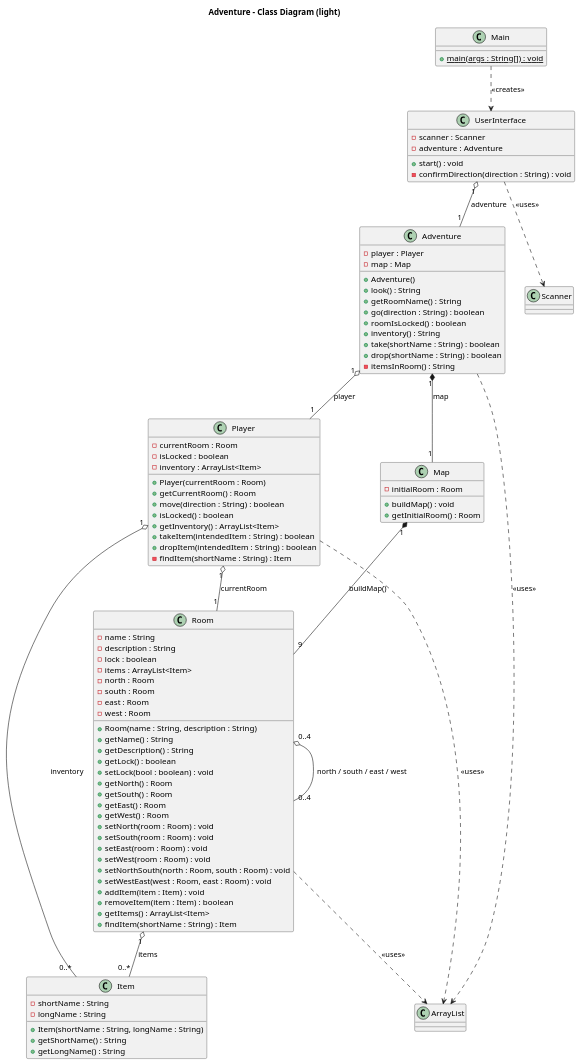
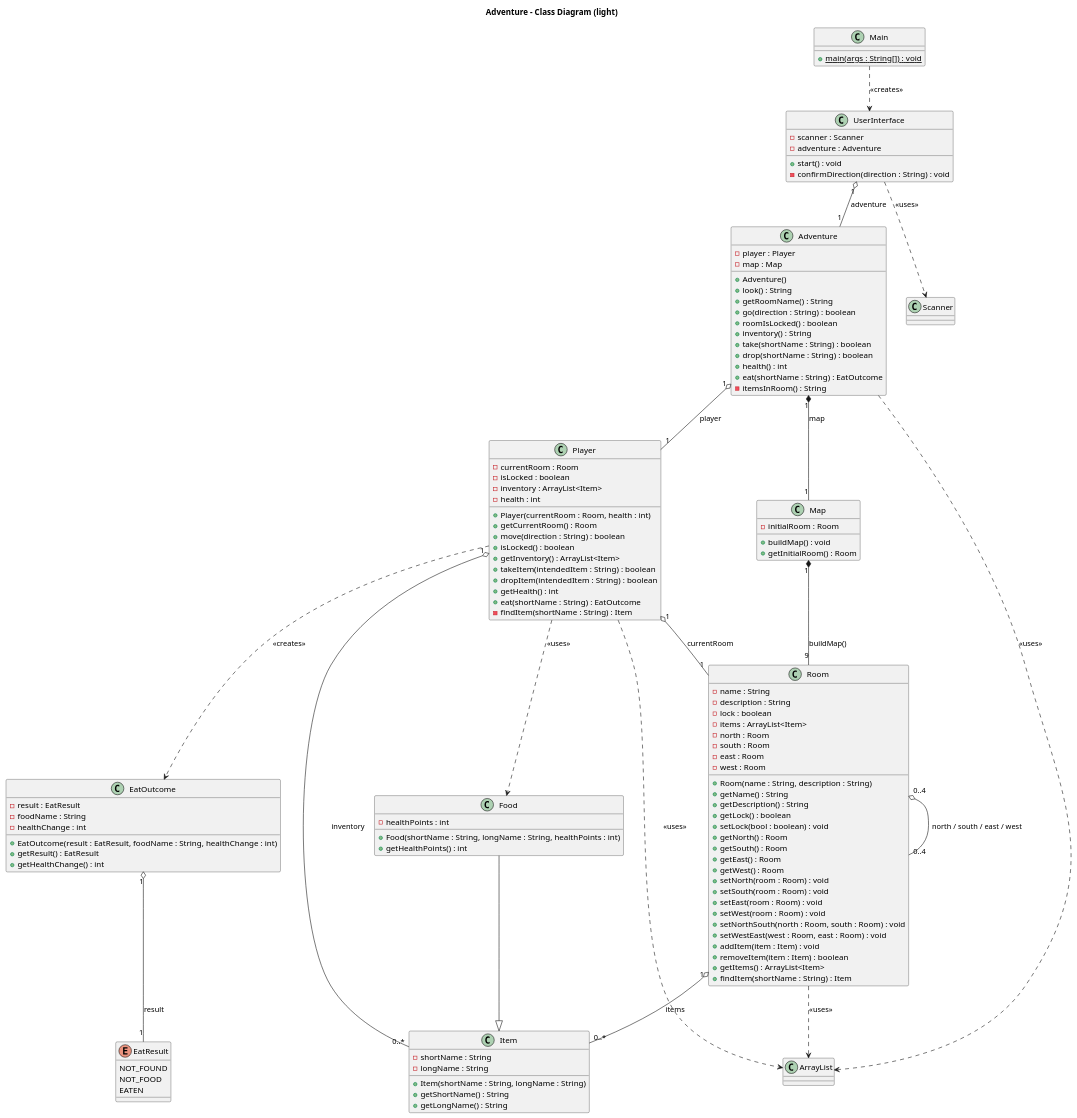
Before and after one commit to mwnDK1402/Adventure: the diagram in docs/class-diagram-light.puml, drawn with PlantUML. The commit also changed 3 other files, not shown here.

Commit message:
Update class diagrams for food, health and eat outcome

```diff
--- a/docs/class-diagram-light.puml
+++ b/docs/class-diagram-light.puml
@@ -1,118 +1,148 @@
 @startuml
 title Adventure - Class Diagram (light)
 
 skinparam {
     backgroundColor white
     ArrowColor #181818
     ClassBackgroundColor #F1F1F1
     ClassBorderColor #181818
     ClassFontColor #000000
     ClassAttributeFontColor #000000
     ClassAttributeIconColor #000000
     ClassStereotypeFontColor #000000
     EnumBackgroundColor #F1F1F1
     EnumBorderColor #181818
     EnumFontColor #000000
     EnumTitleFontColor #000000
     TitleFontColor #000000
     DefaultFontColor #000000
 }
 
 class Room {
     - name : String
     - description : String
     - lock : boolean
     - items : ArrayList<Item>
     - north : Room
     - south : Room
     - east : Room
     - west : Room
     + Room(name : String, description : String)
     + getName() : String
     + getDescription() : String
     + getLock() : boolean
     + setLock(bool : boolean) : void
     + getNorth() : Room
     + getSouth() : Room
     + getEast() : Room
     + getWest() : Room
     + setNorth(room : Room) : void
     + setSouth(room : Room) : void
     + setEast(room : Room) : void
     + setWest(room : Room) : void
     + setNorthSouth(north : Room, south : Room) : void
     + setWestEast(west : Room, east : Room) : void
     + addItem(item : Item) : void
     + removeItem(item : Item) : boolean
     + getItems() : ArrayList<Item>
     + findItem(shortName : String) : Item
 }
 
 class Player {
     - currentRoom : Room
     - isLocked : boolean
     - inventory : ArrayList<Item>
-    + Player(currentRoom : Room)
+    - health : int
+    + Player(currentRoom : Room, health : int)
     + getCurrentRoom() : Room
     + move(direction : String) : boolean
     + isLocked() : boolean
     + getInventory() : ArrayList<Item>
     + takeItem(intendedItem : String) : boolean
     + dropItem(intendedItem : String) : boolean
+    + getHealth() : int
+    + eat(shortName : String) : EatOutcome
     - findItem(shortName : String) : Item
 }
 
 class Adventure {
     - player : Player
     - map : Map
     + Adventure()
     + look() : String
     + getRoomName() : String
     + go(direction : String) : boolean
     + roomIsLocked() : boolean
     + inventory() : String
     + take(shortName : String) : boolean
     + drop(shortName : String) : boolean
+    + health() : int
+    + eat(shortName : String) : EatOutcome
     - itemsInRoom() : String
 }
 
 class Map {
     - initialRoom : Room
     + buildMap() : void
     + getInitialRoom() : Room
 }
 
 class Item {
     - shortName : String
     - longName : String
     + Item(shortName : String, longName : String)
     + getShortName() : String
     + getLongName() : String
+}
+
+class Food {
+    - healthPoints : int
+    + Food(shortName : String, longName : String, healthPoints : int)
+    + getHealthPoints() : int
+}
+
+class EatOutcome {
+    - result : EatResult
+    - foodName : String
+    - healthChange : int
+    + EatOutcome(result : EatResult, foodName : String, healthChange : int)
+    + getResult() : EatResult
+    + getHealthChange() : int
+}
+
+enum EatResult {
+    NOT_FOUND
+    NOT_FOOD
+    EATEN
 }
 
 class UserInterface {
     - scanner : Scanner
     - adventure : Adventure
     + start() : void
     - confirmDirection(direction : String) : void
 }
 
 class Main {
     + {static} main(args : String[]) : void
 }
 
 Main ..> UserInterface : <<creates>>
 UserInterface "1" o-- "1" Adventure : adventure
 Adventure "1" o-- "1" Player : player
 Adventure "1" *-- "1" Map : map
 Map "1" *-- "9" Room : buildMap()
 Player "1" o-- "1" Room : currentRoom
 Room "0..4" o-- "0..4" Room : north / south / east / west
 Room "1" o-- "0..*" Item : items
 Player "1" o-- "0..*" Item : inventory
+Food --|> Item
+Player ..> Food : <<uses>>
+Player ..> EatOutcome : <<creates>>
+EatOutcome "1" o-- "1" EatResult : result
 UserInterface ..> Scanner : <<uses>>
 Adventure ..> ArrayList : <<uses>>
 Player ..> ArrayList : <<uses>>
 Room ..> ArrayList : <<uses>>
 
 @enduml
```
